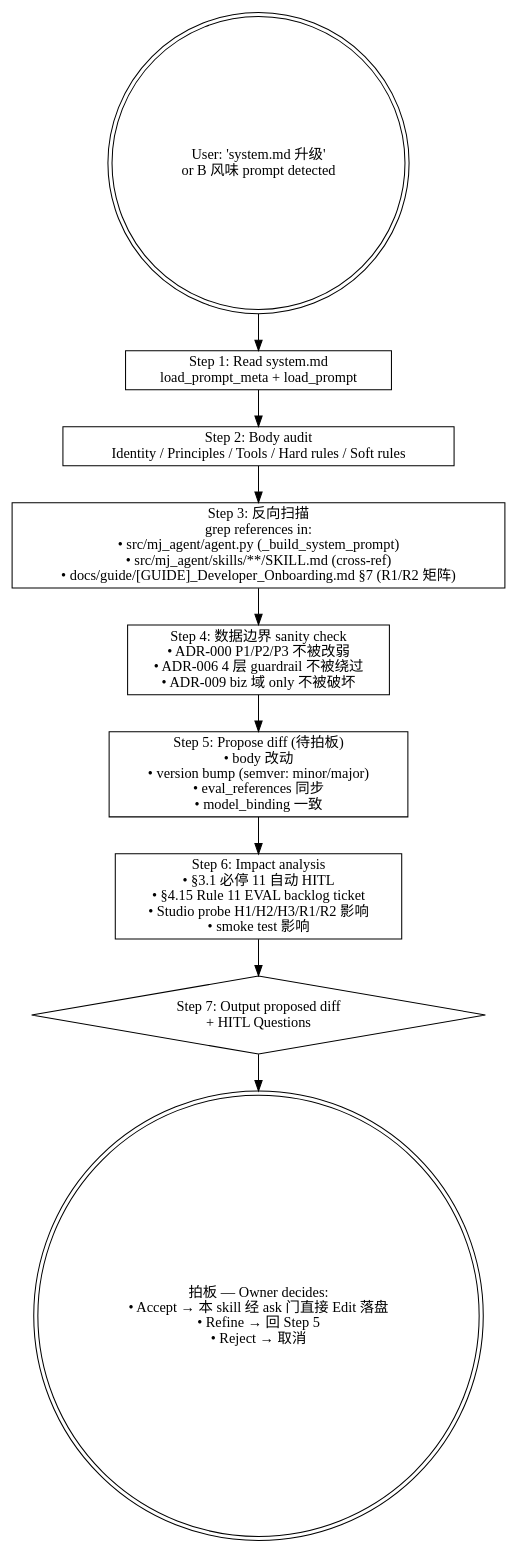
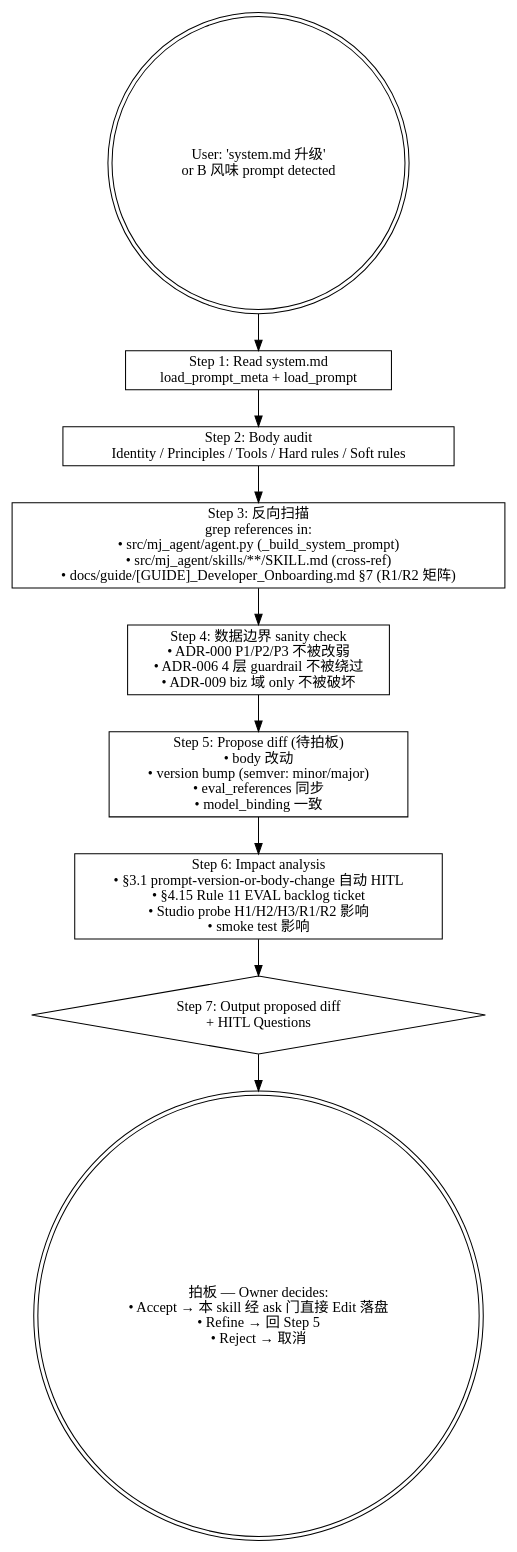
Before and after one commit to MJ-AgentLab/mj-agent: the diagram in .claude/skills/mj-agent-runtime-prompt-version-bump/SKILL.md, drawn with Graphviz. The commit also changed other lines of this file and 20 other files, not shown here.

````diff
--- a/.claude/skills/mj-agent-runtime-prompt-version-bump/SKILL.md
+++ b/.claude/skills/mj-agent-runtime-prompt-version-bump/SKILL.md
@@ -45,24 +45,24 @@
 ```dot
 digraph bump {
   rankdir=TB;
   start [label="User: 'system.md 升级'\nor B 风味 prompt detected" shape=doublecircle];
 
   s1 [label="Step 1: Read system.md\nload_prompt_meta + load_prompt" shape=box];
 
   s2 [label="Step 2: Body audit\nIdentity / Principles / Tools / Hard rules / Soft rules" shape=box];
 
   s3 [label="Step 3: 反向扫描\ngrep references in:\n• src/mj_agent/agent.py (_build_system_prompt)\n• src/mj_agent/skills/**/SKILL.md (cross-ref)\n• docs/guide/[GUIDE]_Developer_Onboarding.md §7 (R1/R2 矩阵)" shape=box];
 
   s4 [label="Step 4: 数据边界 sanity check\n• ADR-000 P1/P2/P3 不被改弱\n• ADR-006 4 层 guardrail 不被绕过\n• ADR-009 biz 域 only 不被破坏" shape=box];
 
   s5 [label="Step 5: Propose diff (待拍板)\n• body 改动\n• version bump (semver: minor/major)\n• eval_references 同步\n• model_binding 一致" shape=box];
 
-  s6 [label="Step 6: Impact analysis\n• §3.1 必停 11 自动 HITL\n• §4.15 Rule 11 EVAL backlog ticket\n• Studio probe H1/H2/H3/R1/R2 影响\n• smoke test 影响" shape=box];
+  s6 [label="Step 6: Impact analysis\n• §3.1 prompt-version-or-body-change 自动 HITL\n• §4.15 Rule 11 EVAL backlog ticket\n• Studio probe H1/H2/H3/R1/R2 影响\n• smoke test 影响" shape=box];
 
   s7 [label="Step 7: Output proposed diff\n+ HITL Questions" shape=diamond];
 
   hitl [label="拍板 — Owner decides:\n• Accept → 本 skill 经 ask 门直接 Edit 落盘\n• Refine → 回 Step 5\n• Reject → 取消" shape=doublecircle];
 
   start -> s1 -> s2 -> s3 -> s4 -> s5 -> s6 -> s7 -> hitl;
 }
 ```
````
